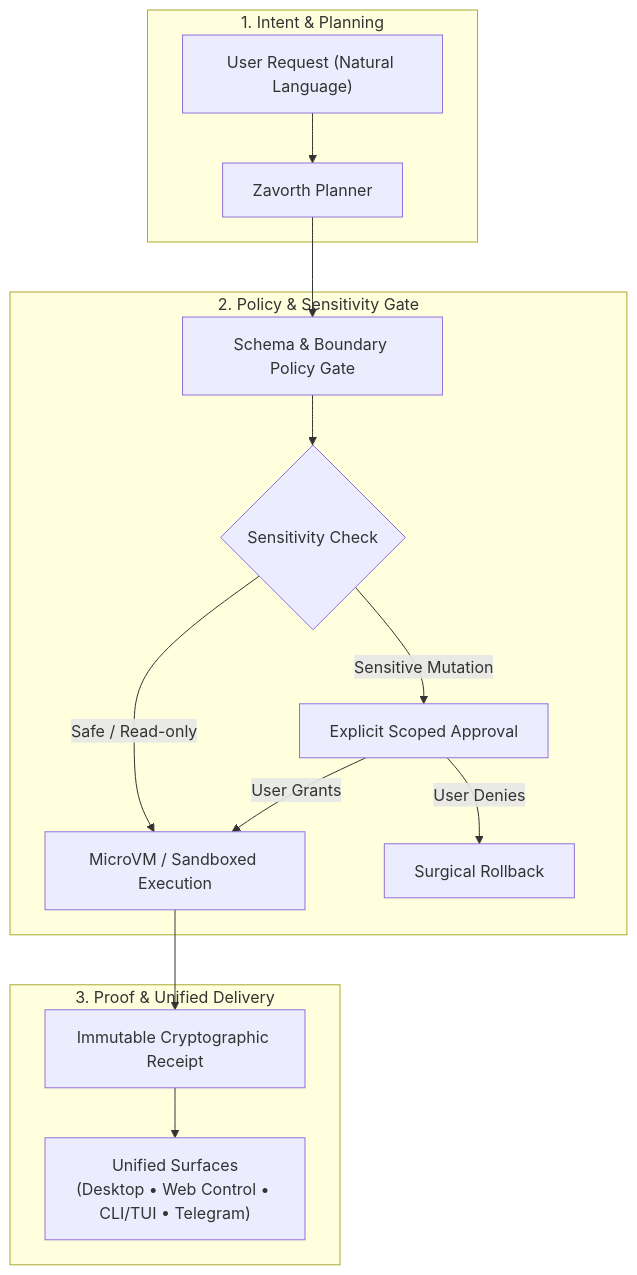
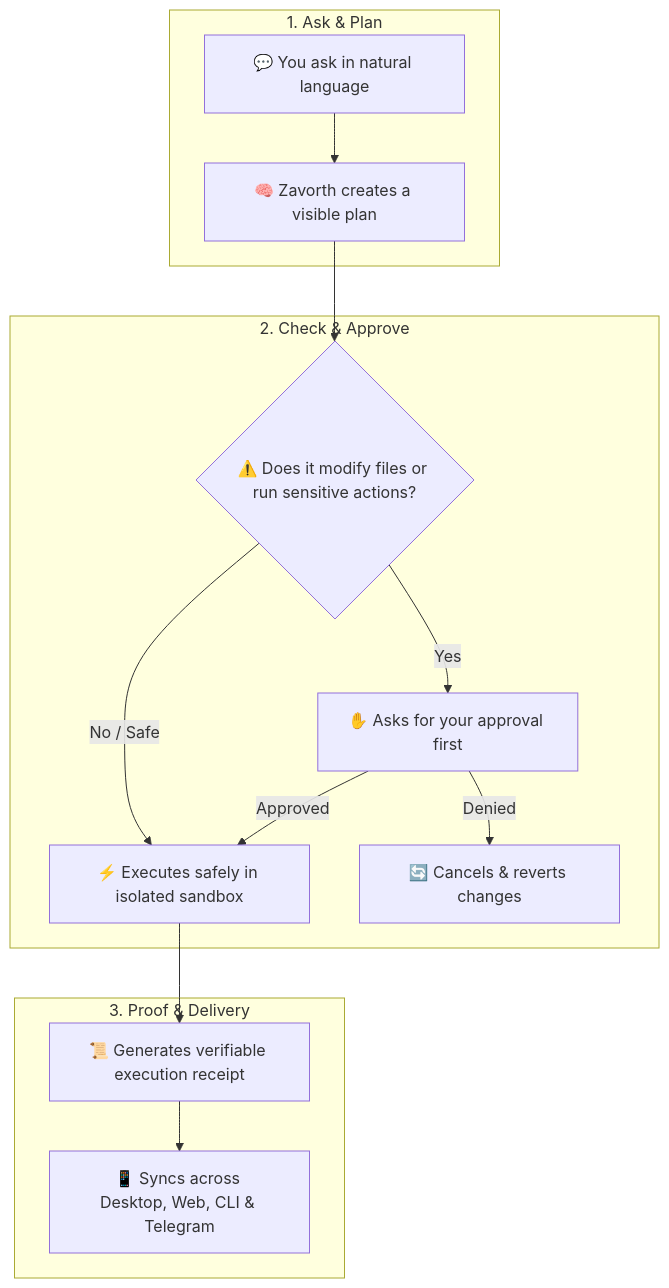
Before and after one commit to zavorth/zavorth: the diagram in README.md, drawn with Mermaid.

Commit message:
docs: refine diagram with clear, intuitive, and modern developer phrasing

````diff
--- a/README.md
+++ b/README.md
@@ -75,20 +75,19 @@
 ```mermaid
 graph TD
-    subgraph Ingestion["1. Intent & Planning"]
-        User["User Request (Natural Language)"] --> Planner["Zavorth Planner"]
+    subgraph Step1["1. Ask & Plan"]
+        User["💬 You ask in natural language"] --> Planner["🧠 Zavorth creates a visible plan"]
     end
 
-    subgraph Governance["2. Policy & Sensitivity Gate"]
-        Planner --> Schema["Schema & Boundary Policy Gate"]
-        Schema --> Risk{"Sensitivity Check"}
-        Risk -->|Sensitive Mutation| Approval["Explicit Scoped Approval"]
-        Risk -->|Safe / Read-only| Sandbox["MicroVM / Sandboxed Execution"]
-        Approval -->|User Grants| Sandbox
-        Approval -->|User Denies| Rollback["Surgical Rollback"]
+    subgraph Step2["2. Check & Approve"]
+        Planner --> Risk{"⚠️ Does it modify files or run sensitive actions?"}
+        Risk -->|Yes| Approval["✋ Asks for your approval first"]
+        Risk -->|No / Safe| Execute["⚡ Executes safely in isolated sandbox"]
+        Approval -->|Approved| Execute
+        Approval -->|Denied| Cancel["🔄 Cancels & reverts changes"]
     end
 
-    subgraph Verification["3. Proof & Unified Delivery"]
-        Sandbox --> Proof["Immutable Cryptographic Receipt"]
-        Proof --> Surfaces["Unified Surfaces<br/>(Desktop • Web Control • CLI/TUI • Telegram)"]
+    subgraph Step3["3. Proof & Delivery"]
+        Execute --> Receipt["📜 Generates verifiable execution receipt"]
+        Receipt --> Surfaces["📱 Syncs across Desktop, Web, CLI & Telegram"]
     end
 ```
````
